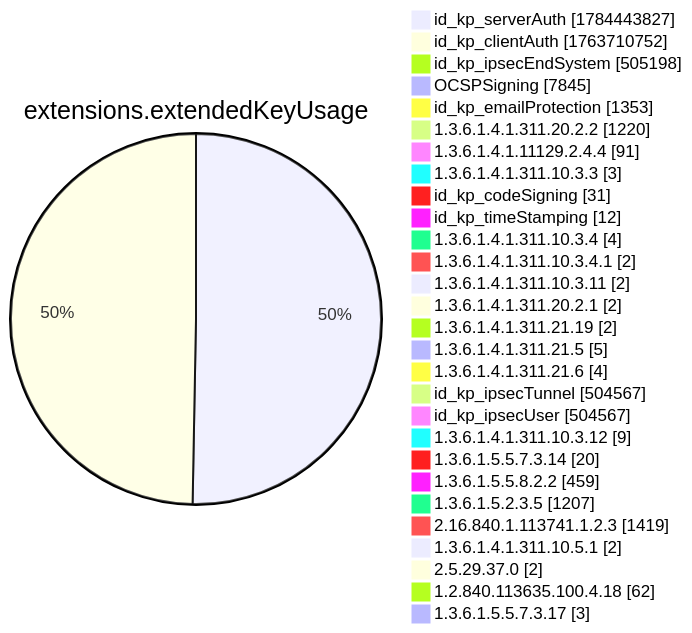
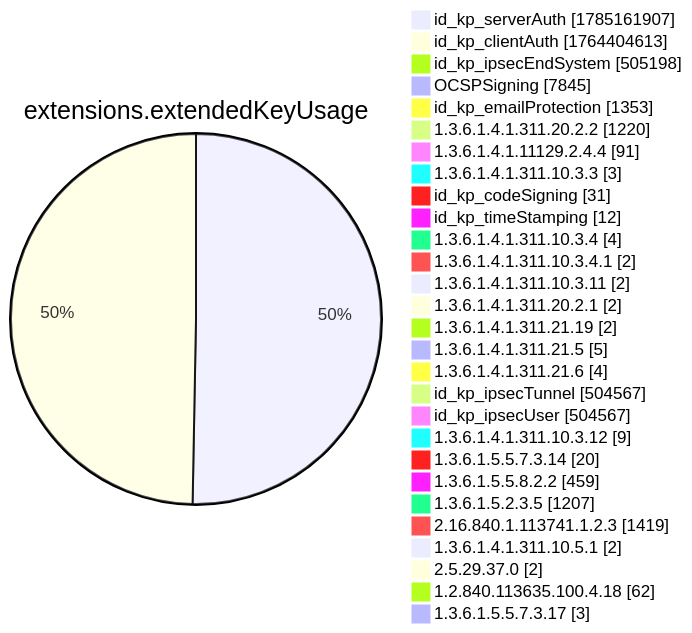
Before and after one commit to christiankrug/ctmonitor_visualization: diagram 12 of 15 in xenon2022/README.md, drawn with Mermaid. The commit also changed other lines of this file, not shown here.

````diff
--- a/xenon2022/README.md
+++ b/xenon2022/README.md
@@ -3894,32 +3894,32 @@
 ```mermaid
 pie showData
 title extensions.extendedKeyUsage
-"id_kp_serverAuth" :1784443827
-"id_kp_clientAuth" :1763710752
+"id_kp_serverAuth" :1785161907
+"id_kp_clientAuth" :1764404613
 "id_kp_ipsecEndSystem" :505198
 "OCSPSigning" :7845
 "id_kp_emailProtection" :1353
 "1.3.6.1.4.1.311.20.2.2" :1220
 "1.3.6.1.4.1.11129.2.4.4" :91
 "1.3.6.1.4.1.311.10.3.3" :3
 "id_kp_codeSigning" :31
 "id_kp_timeStamping" :12
 "1.3.6.1.4.1.311.10.3.4" :4
 "1.3.6.1.4.1.311.10.3.4.1" :2
 "1.3.6.1.4.1.311.10.3.11" :2
 "1.3.6.1.4.1.311.20.2.1" :2
 "1.3.6.1.4.1.311.21.19" :2
 "1.3.6.1.4.1.311.21.5" :5
 "1.3.6.1.4.1.311.21.6" :4
 "id_kp_ipsecTunnel" :504567
 "id_kp_ipsecUser" :504567
 "1.3.6.1.4.1.311.10.3.12" :9
 "1.3.6.1.5.5.7.3.14" :20
 "1.3.6.1.5.5.8.2.2" :459
 "1.3.6.1.5.2.3.5" :1207
 "2.16.840.1.113741.1.2.3" :1419
 "1.3.6.1.4.1.311.10.5.1" :2
 "2.5.29.37.0" :2
 "1.2.840.113635.100.4.18" :62
 "1.3.6.1.5.5.7.3.17" :3
 ```
````
